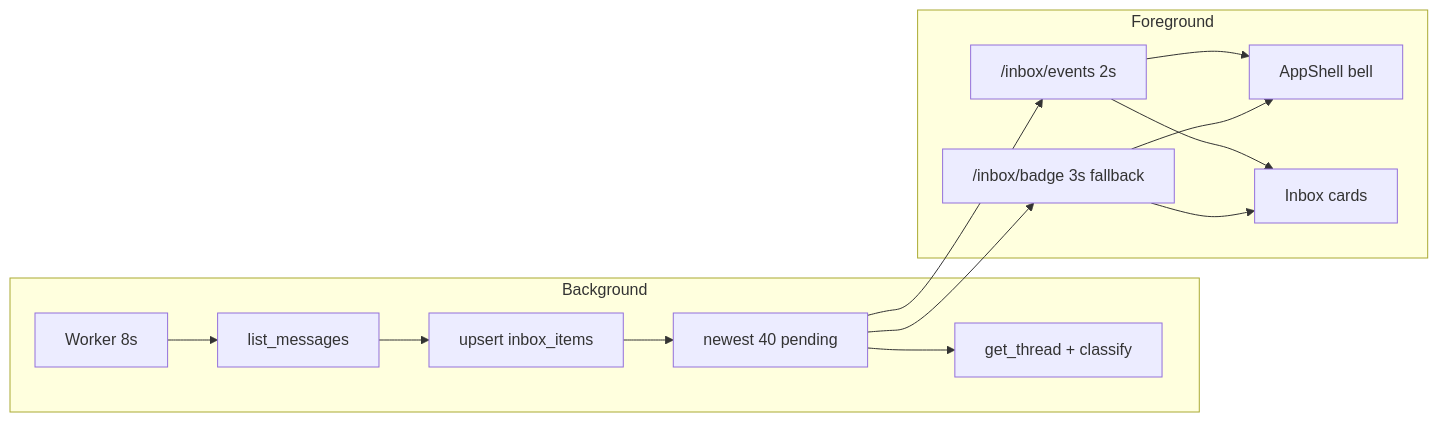
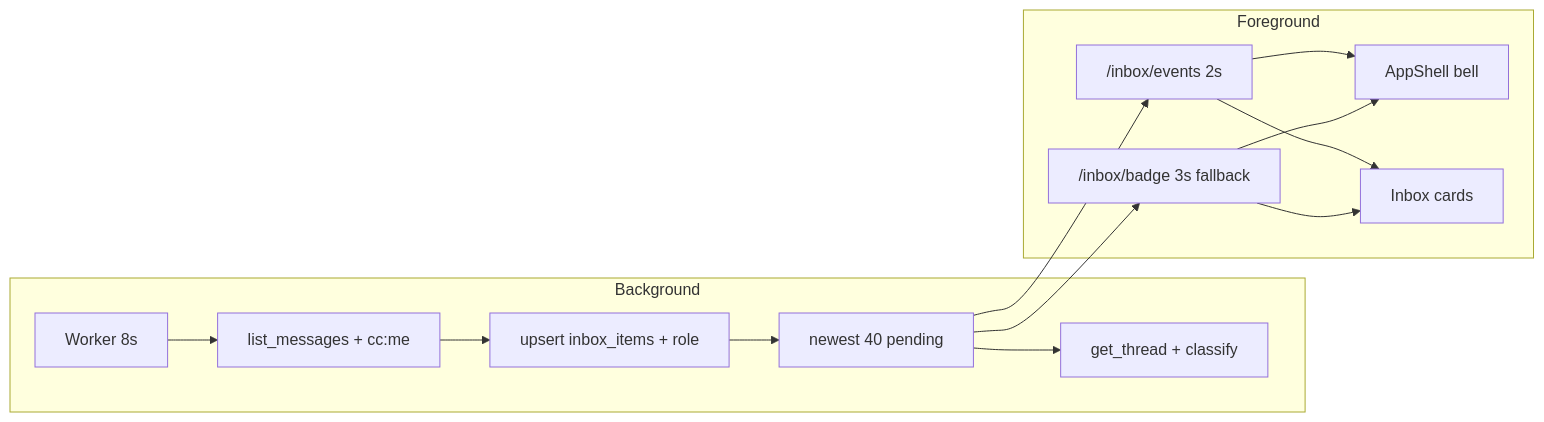
One commit to specialshweta26/Checkme changed the ninth of 14 diagrams in docs/diagrams.md. Above: the diagram before and after it, drawn with Mermaid. The commit also changed other lines of this file and 3 other files, not shown here.

Commit message:
Document CC/BCC ingest, briefing, and send in README, HLD, LLD, and diagrams.

````diff
--- a/docs/diagrams.md
+++ b/docs/diagrams.md
@@ -193,17 +193,17 @@
 ```mermaid
 flowchart LR
   subgraph Background
-    W[Worker 8s] --> List[list_messages]
-    List --> Upsert[upsert inbox_items]
+    W[Worker 8s] --> List[list_messages + cc:me]
+    List --> Upsert[upsert inbox_items + role]
     Upsert --> Trim[newest 40 pending]
     Trim --> LLM[get_thread + classify]
   end
   subgraph Foreground
     SSE["/inbox/events 2s"] --> Bell[AppShell bell]
     SSE --> Cards[Inbox cards]
     Badge["/inbox/badge 3s fallback"] --> Bell
     Badge --> Cards
   end
   Trim --> SSE
   Trim --> Badge
 ```
````
